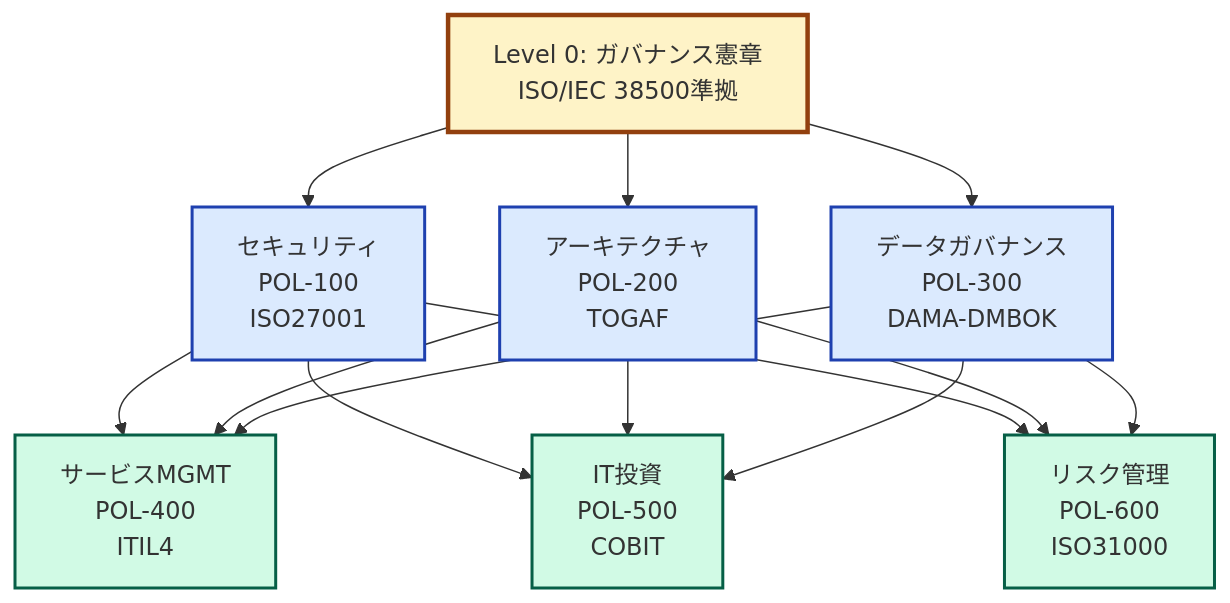
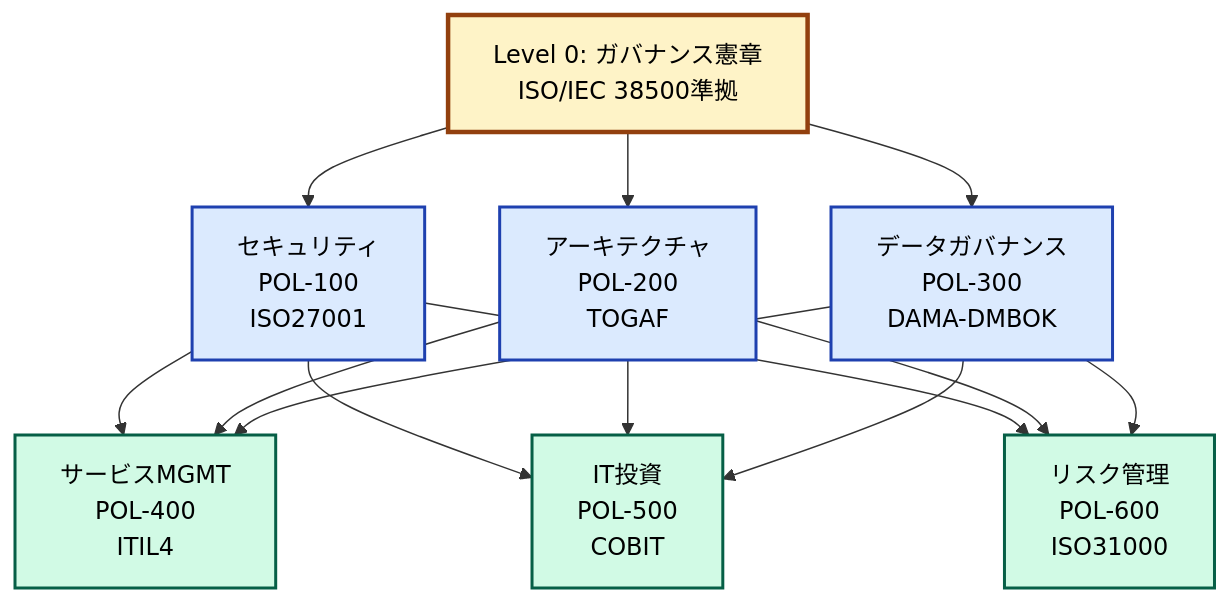
One commit to hiroyasu-komaki/mydocs changed the second of 2 diagrams in guardrails/02_it-governance-policy.md. Above: the diagram before and after it, drawn with Mermaid. The commit also changed other lines of this file and 6 other files, not shown here.

````diff
--- a/guardrails/02_it-governance-policy.md
+++ b/guardrails/02_it-governance-policy.md
@@ -322,37 +322,37 @@
 ```mermaid
 graph TB
     A[Level 0: ガバナンス憲章<br/>ISO/IEC 38500準拠]
     
     B1[セキュリティ<br/>POL-100<br/>ISO27001]
     B2[アーキテクチャ<br/>POL-200<br/>TOGAF]
     B3[データガバナンス<br/>POL-300<br/>DAMA-DMBOK]
     
     C1[サービスMGMT<br/>POL-400<br/>ITIL4]
     C2[IT投資<br/>POL-500<br/>COBIT]
     C3[リスク管理<br/>POL-600<br/>ISO31000]
     
     A --> B1
     A --> B2
     A --> B3
     
     B1 --> C1
     B1 --> C2
     B1 --> C3
     
     B2 --> C1
     B2 --> C2
     B2 --> C3
     
     B3 --> C1
     B3 --> C2
     B3 --> C3
     
-    style A fill:#fef3c7,stroke:#92400e,stroke-width:3px
-    style B1 fill:#dbeafe,stroke:#1e40af,stroke-width:2px
-    style B2 fill:#dbeafe,stroke:#1e40af,stroke-width:2px
-    style B3 fill:#dbeafe,stroke:#1e40af,stroke-width:2px
-    style C1 fill:#d1fae5,stroke:#065f46,stroke-width:2px
-    style C2 fill:#d1fae5,stroke:#065f46,stroke-width:2px
-    style C3 fill:#d1fae5,stroke:#065f46,stroke-width:2px
+    style A fill:#fef3c7,stroke:#92400e,stroke-width:3px,color:#000
+    style B1 fill:#dbeafe,stroke:#1e40af,stroke-width:2px,color:#000
+    style B2 fill:#dbeafe,stroke:#1e40af,stroke-width:2px,color:#000
+    style B3 fill:#dbeafe,stroke:#1e40af,stroke-width:2px,color:#000
+    style C1 fill:#d1fae5,stroke:#065f46,stroke-width:2px,color:#000
+    style C2 fill:#d1fae5,stroke:#065f46,stroke-width:2px,color:#000
+    style C3 fill:#d1fae5,stroke:#065f46,stroke-width:2px,color:#000
 
 ```
````
